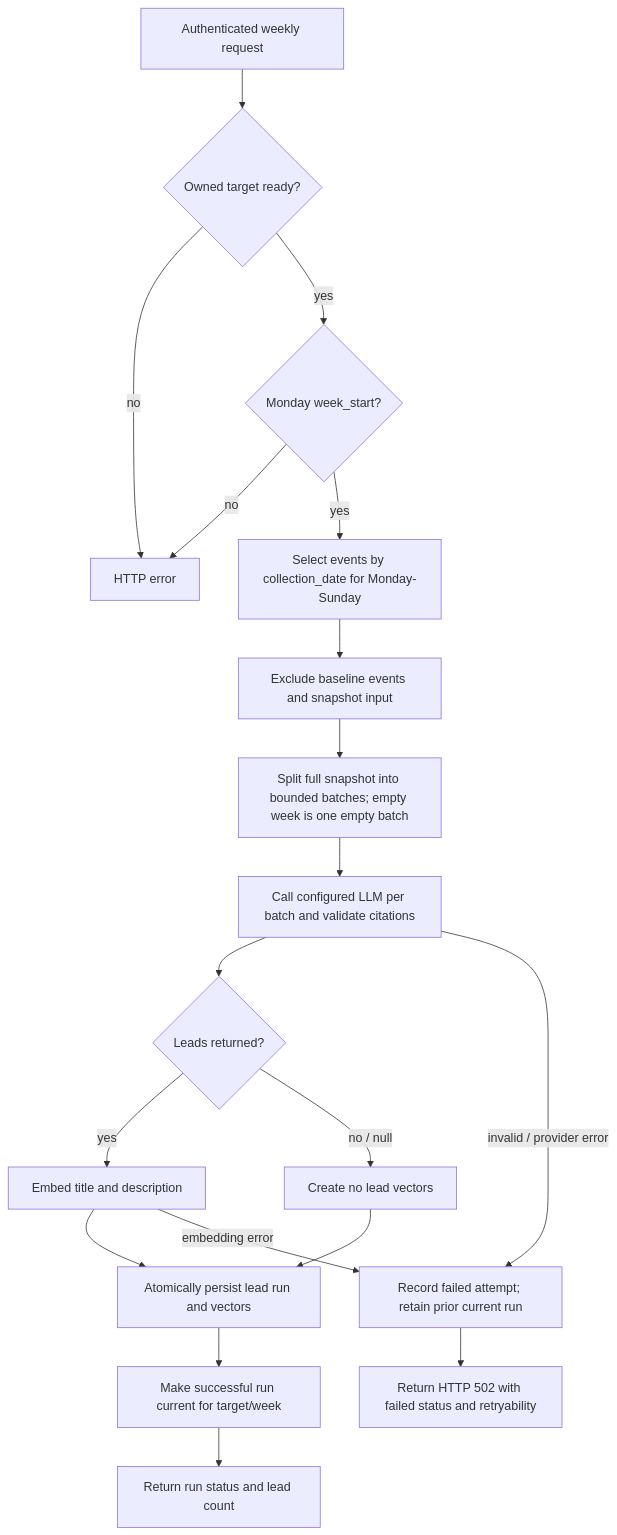
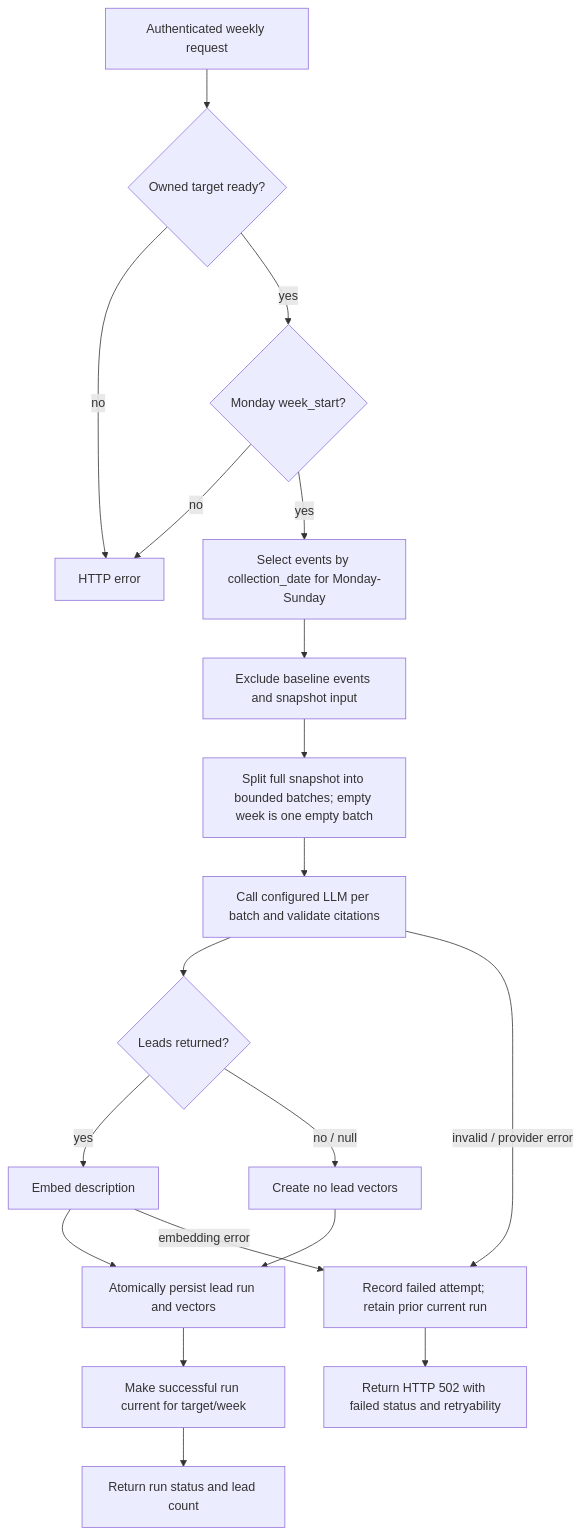
Before and after one commit to GoLu-Jii/RAVN: the third of 4 diagrams in docs/SYSTEM_DESIGN.md, drawn with Mermaid. The commit also changed other lines of this file and 17 other files, not shown here.

````diff
--- a/docs/SYSTEM_DESIGN.md
+++ b/docs/SYSTEM_DESIGN.md
@@ -144,21 +144,21 @@
 ```mermaid
 flowchart TD
     A[Authenticated weekly request] --> B{Owned target ready?}
     B -- no --> X[HTTP error]
     B -- yes --> C{Monday week_start?}
     C -- no --> X
     C -- yes --> D[Select events by collection_date for Monday-Sunday]
     D --> E[Exclude baseline events and snapshot input]
     E --> F[Split full snapshot into bounded batches; empty week is one empty batch]
     F --> G[Call configured LLM per batch and validate citations]
     G --> H{Leads returned?}
-    H -- yes --> I[Embed title and description]
+    H -- yes --> I[Embed description]
     H -- no / null --> J[Create no lead vectors]
     I --> K[Atomically persist lead run and vectors]
     J --> K
     K --> L[Make successful run current for target/week]
     G -- invalid / provider error --> Z[Record failed attempt; retain prior current run]
     I -- embedding error --> Z
     L --> M[Return run status and lead count]
     Z --> N[Return HTTP 502 with failed status and retryability]
 ```
````
